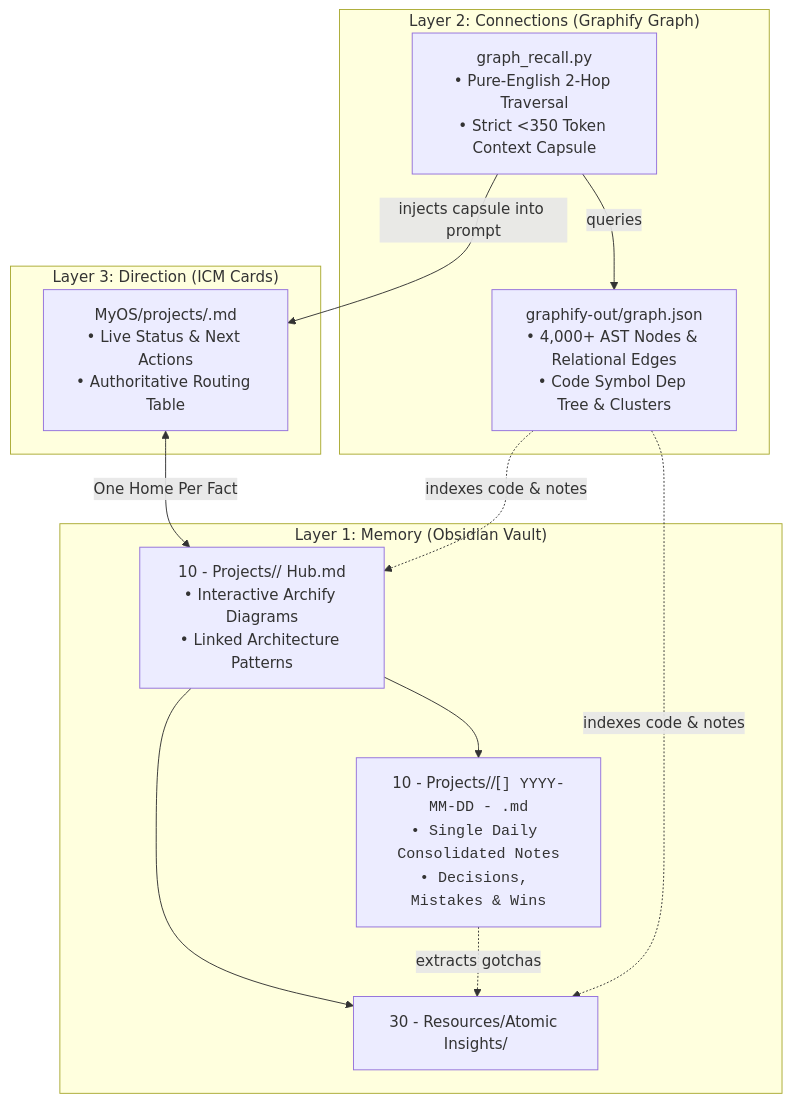
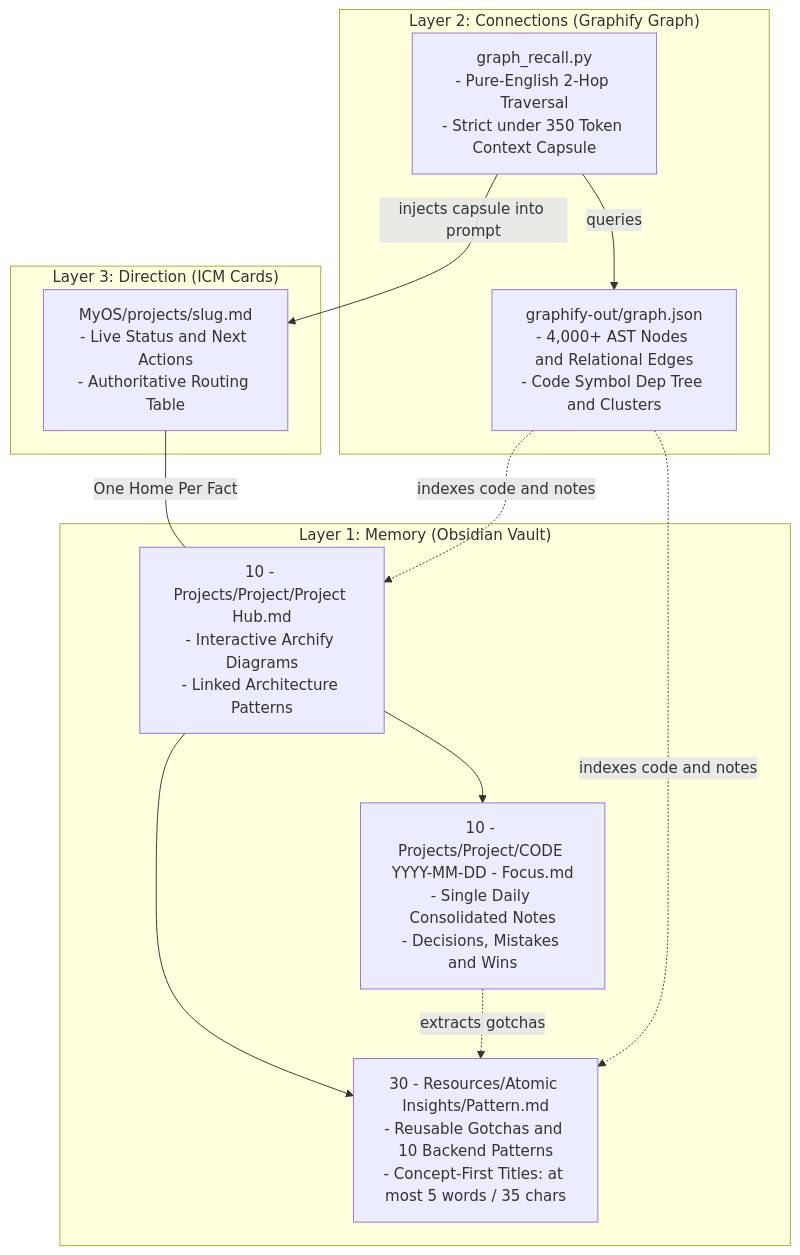
The first of 2 diagrams in README.md (lowmax205/DevKernel), drawn with Mermaid before and after one commit. The commit also changed other lines of this file, not shown here.

Commit message:
docs: harden mermaid diagrams for cross-platform rendering

````diff
--- a/README.md
+++ b/README.md
@@ -11,26 +10,26 @@
 ```mermaid
 flowchart TD
   subgraph Layer3["Layer 3: Direction (ICM Cards)"]
-    CARD["MyOS/projects/<slug>.md<br/>• Live Status & Next Actions<br/>• Authoritative Routing Table"]
+    CARD["MyOS/projects/slug.md<br/>- Live Status and Next Actions<br/>- Authoritative Routing Table"]
   end
 
   subgraph Layer1["Layer 1: Memory (Obsidian Vault)"]
-    HUBS["10 - Projects/<Project>/<Project> Hub.md<br/>• Interactive Archify Diagrams<br/>• Linked Architecture Patterns"]
-    SESSIONS["10 - Projects/<Project>/[<CODE>] YYYY-MM-DD - <Focus>.md<br/>• Single Daily Consolidated Notes<br/>• Decisions, Mistakes & Wins"]
-    ATOMIC["30 - Resources/Atomic Insights/<Pattern>.md<br/>• Reusable Gotchas & 10 Backend Patterns<br/>• Concept-First Titles (<= 5 words / 35 chars)"]
+    HUBS["10 - Projects/Project/Project Hub.md<br/>- Interactive Archify Diagrams<br/>- Linked Architecture Patterns"]
+    SESSIONS["10 - Projects/Project/CODE YYYY-MM-DD - Focus.md<br/>- Single Daily Consolidated Notes<br/>- Decisions, Mistakes and Wins"]
+    ATOMIC["30 - Resources/Atomic Insights/Pattern.md<br/>- Reusable Gotchas and 10 Backend Patterns<br/>- Concept-First Titles: at most 5 words / 35 chars"]
   end
 
   subgraph Layer2["Layer 2: Connections (Graphify Graph)"]
-    AST["graphify-out/graph.json<br/>• 4,000+ AST Nodes & Relational Edges<br/>• Code Symbol Dep Tree & Clusters"]
-    CAPSULE["graph_recall.py<br/>• Pure-English 2-Hop Traversal<br/>• Strict <350 Token Context Capsule"]
+    AST["graphify-out/graph.json<br/>- 4,000+ AST Nodes and Relational Edges<br/>- Code Symbol Dep Tree and Clusters"]
+    CAPSULE["graph_recall.py<br/>- Pure-English 2-Hop Traversal<br/>- Strict under 350 Token Context Capsule"]
   end
 
-  CARD <-->|"One Home Per Fact"| HUBS
+  CARD ---|"One Home Per Fact"| HUBS
   HUBS --> SESSIONS
   HUBS --> ATOMIC
   SESSIONS -.->|"extracts gotchas"| ATOMIC
-  AST -.->|"indexes code & notes"| HUBS
-  AST -.->|"indexes code & notes"| ATOMIC
+  AST -.->|"indexes code and notes"| HUBS
+  AST -.->|"indexes code and notes"| ATOMIC
   CAPSULE -->|"queries"| AST
   CAPSULE -->|"injects capsule into prompt"| CARD
 ```
````
